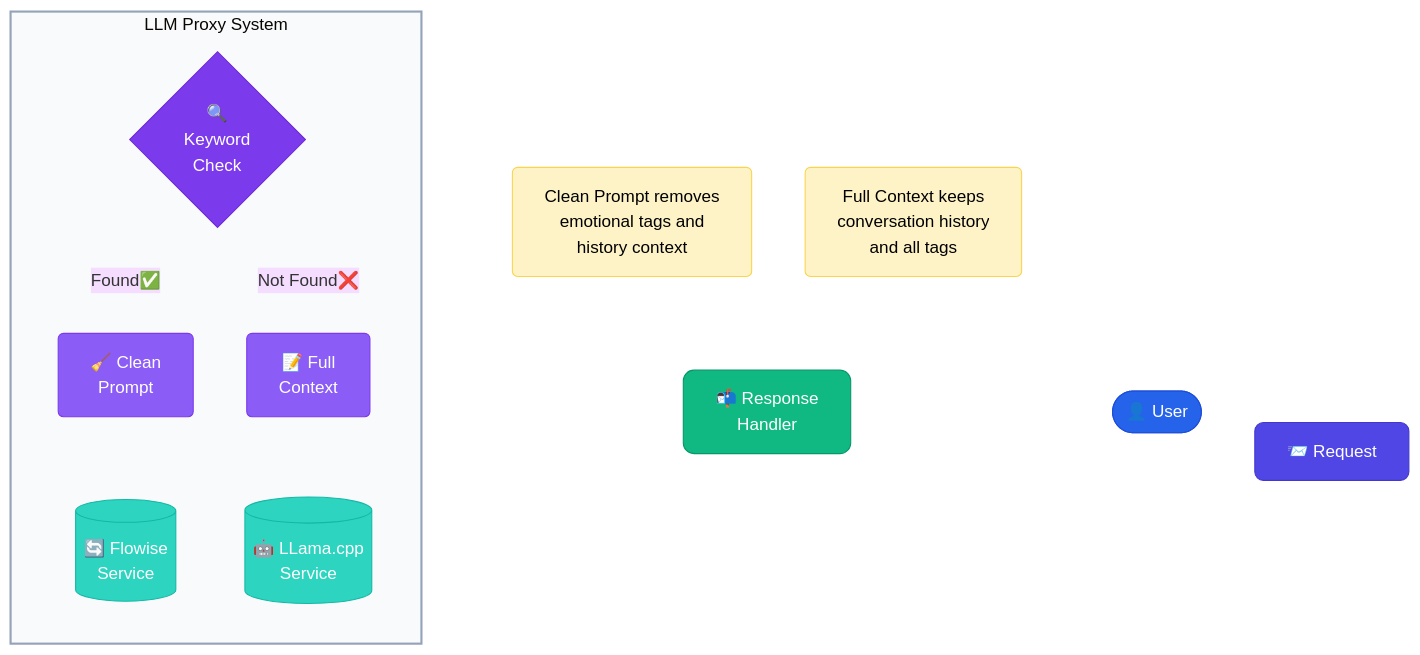
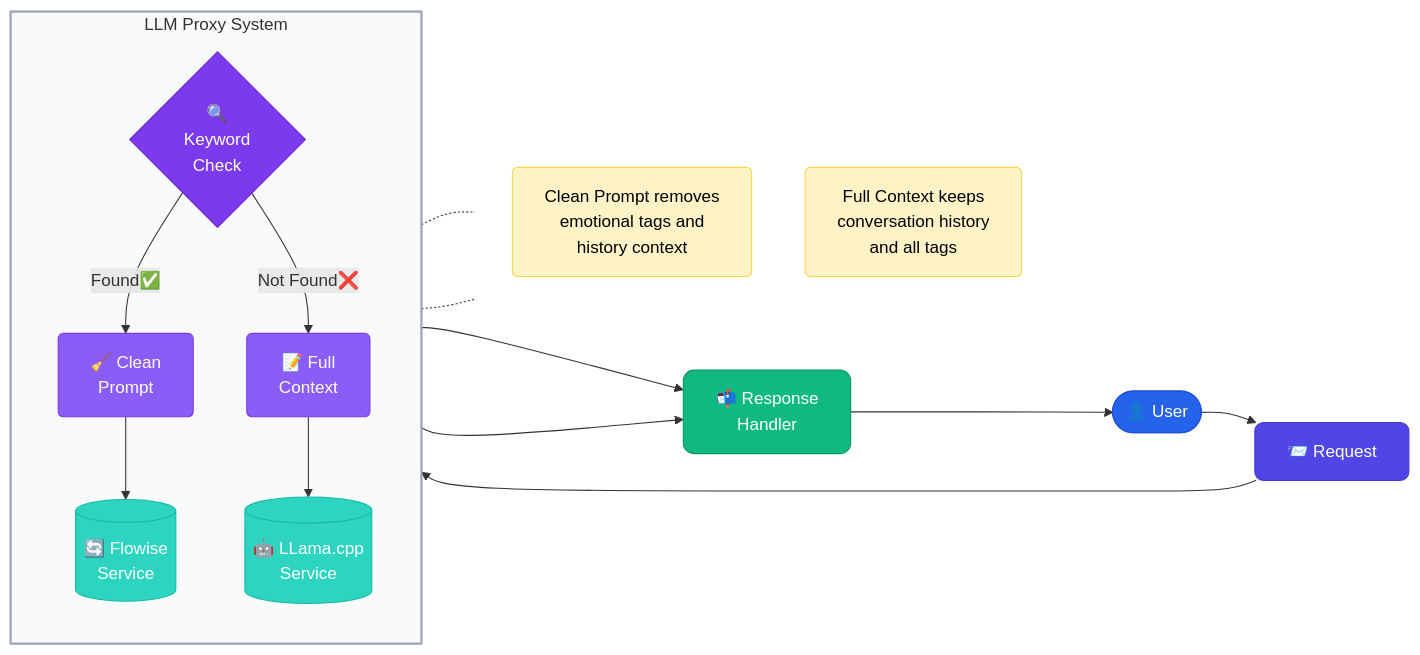
Before and after one commit to PPTG/LLM-Proxy-with-Keywords-Management-GUI: the diagram in readme.md, drawn with Mermaid.

````diff
--- a/readme.md
+++ b/readme.md
@@ -7,45 +7,44 @@
 ```mermaid
-%%{init: {'theme': 'base', 'themeVariables': {'background': 'transparent'}}}%%
 flowchart LR
     %% Style definitions
     classDef userStyle fill:#2563eb,stroke:#1d4ed8,color:white,rx:10,ry:10
     classDef systemStyle fill:#4f46e5,stroke:#4338ca,color:white,rx:8,ry:8
     classDef checkStyle fill:#7c3aed,stroke:#6d28d9,color:white,rx:15,ry:15
     classDef processStyle fill:#8b5cf6,stroke:#7c3aed,color:white,rx:5,ry:5
     classDef serviceStyle fill:#2dd4bf,stroke:#14b8a6,color:white,rx:10,ry:10
     classDef responseStyle fill:#10b981,stroke:#059669,color:white,rx:10,ry:10
 
     %% Nodes
     U([👤 User]):::userStyle --> R[📨 Request]:::systemStyle
     R --> K{🔍\nKeyword\nCheck}:::checkStyle
     
     subgraph proxy [" LLM Proxy System "]
         direction TB
         K --> |Found✅| C[🧹 Clean\nPrompt]:::processStyle
         K --> |Not Found❌| F[📝 Full\nContext]:::processStyle
         
         C --> FW[(🔄 Flowise\nService)]:::serviceStyle
         F --> LL[(🤖 LLama.cpp\nService)]:::serviceStyle
     end
     
     FW --> Resp[📬 Response\nHandler]:::responseStyle
     LL --> Resp
     Resp --> U
 
     %% Subgraph style
     style proxy fill:#f8fafc,stroke:#94a3b8,stroke-width:2px
 
     %% Add notes
     subgraph notes [" "]
         direction TB
         n1[Clean Prompt removes\nemotional tags and\nhistory context]:::noteStyle
         n2[Full Context keeps\nconversation history\nand all tags]:::noteStyle
     end
     style notes fill:none,stroke:none
     classDef noteStyle fill:#fef3c7,stroke:#fcd34d,color:black,rx:5,ry:5
-    
+
     %% Connect notes
     C -.- n1
     F -.- n2
 
 ```
````
